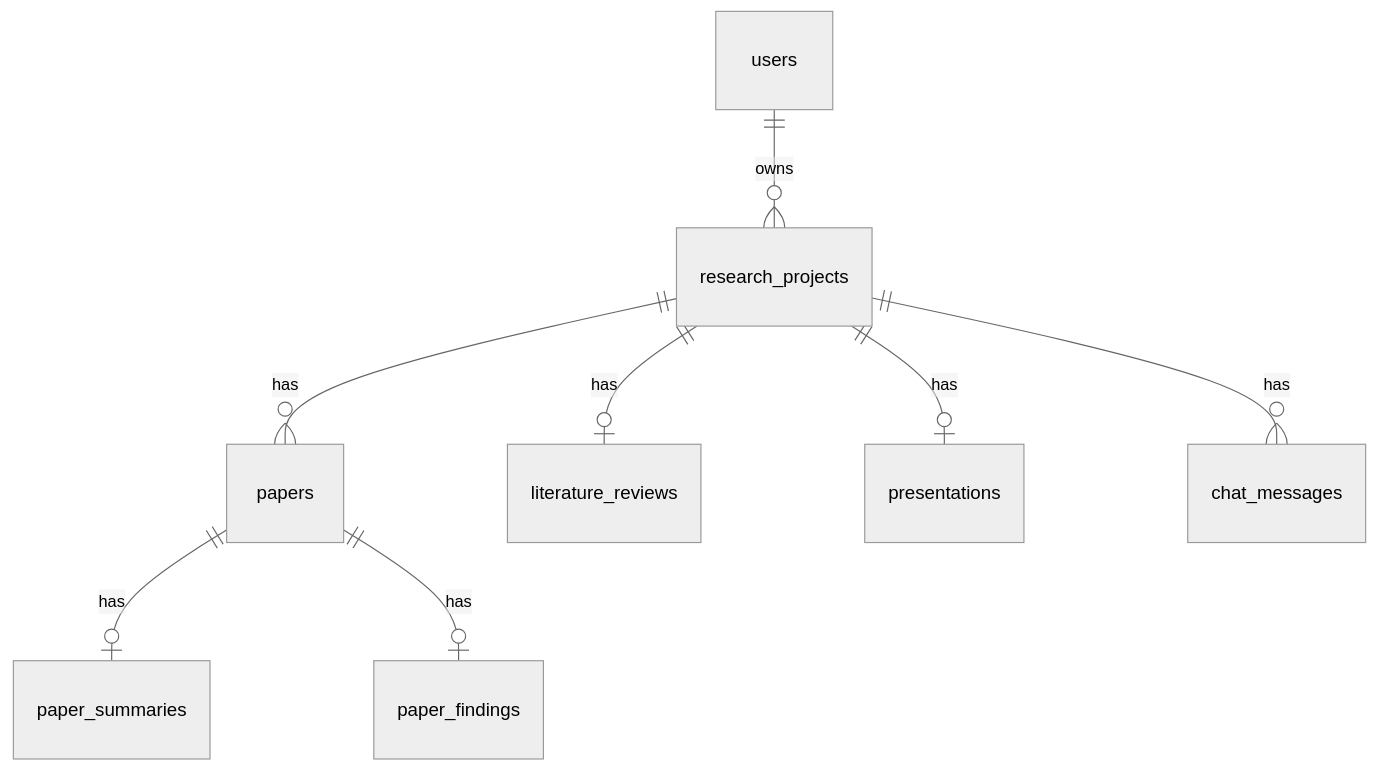
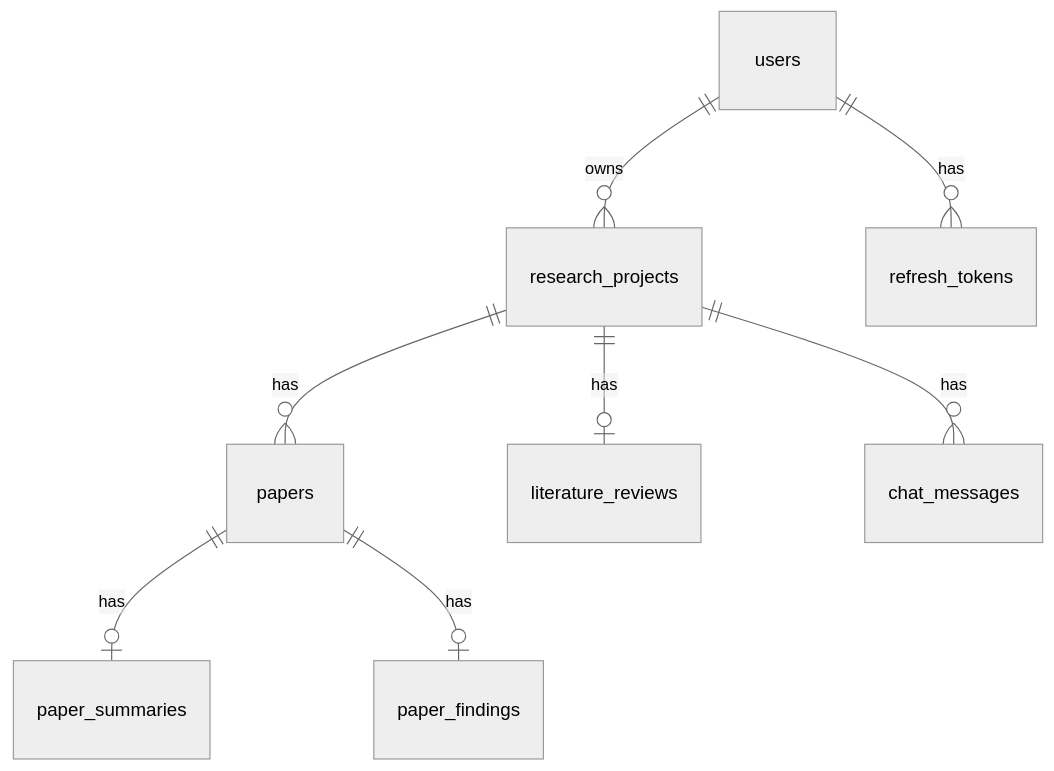
One commit to Ayush0604-alt/ResearchGPT changed the diagram in claudeMD/architecture.md. Above: the diagram before and after it, drawn with Mermaid (neutral theme). The commit also changed other lines of this file and 5 other files, not shown here.

````diff
--- a/claudeMD/architecture.md
+++ b/claudeMD/architecture.md
@@ -120,10 +119,10 @@
 ```mermaid
 erDiagram
     users ||--o{ research_projects : owns
+    users ||--o{ refresh_tokens : has
     research_projects ||--o{ papers : has
     research_projects ||--o| literature_reviews : has
-    research_projects ||--o| presentations : has
     research_projects ||--o{ chat_messages : has
     papers ||--o| paper_summaries : has
     papers ||--o| paper_findings : has
 ```
````
